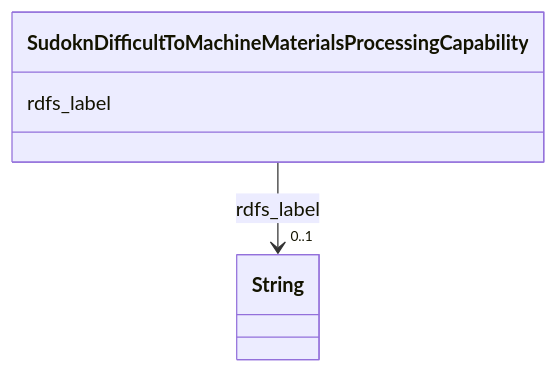
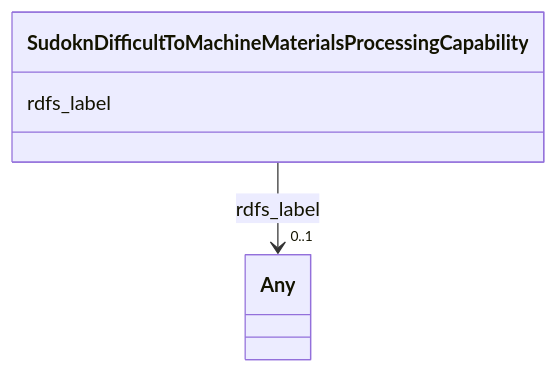
The diagram in sudokn-kg/classes/SudoknDifficultToMachineMaterialsProcessingCapability.md (frink-okn/graph-descriptions), drawn with Mermaid before and after one commit. The commit also changed other lines of this file and 903 other files, not shown here.

````diff
--- a/sudokn-kg/classes/SudoknDifficultToMachineMaterialsProcessingCapability.md
+++ b/sudokn-kg/classes/SudoknDifficultToMachineMaterialsProcessingCapability.md
@@ -23,15 +18,15 @@
 ```mermaid
  classDiagram
     class SudoknDifficultToMachineMaterialsProcessingCapability
     click SudoknDifficultToMachineMaterialsProcessingCapability href "../SudoknDifficultToMachineMaterialsProcessingCapability"
       SudoknDifficultToMachineMaterialsProcessingCapability : rdfs_label
         
           
     
     
-    SudoknDifficultToMachineMaterialsProcessingCapability --> "0..1" String : rdfs_label
-    click String href "../String"
+    SudoknDifficultToMachineMaterialsProcessingCapability --> "0..1" Any : rdfs_label
+    click Any href "../Any"
 
         
       
 ```
````
